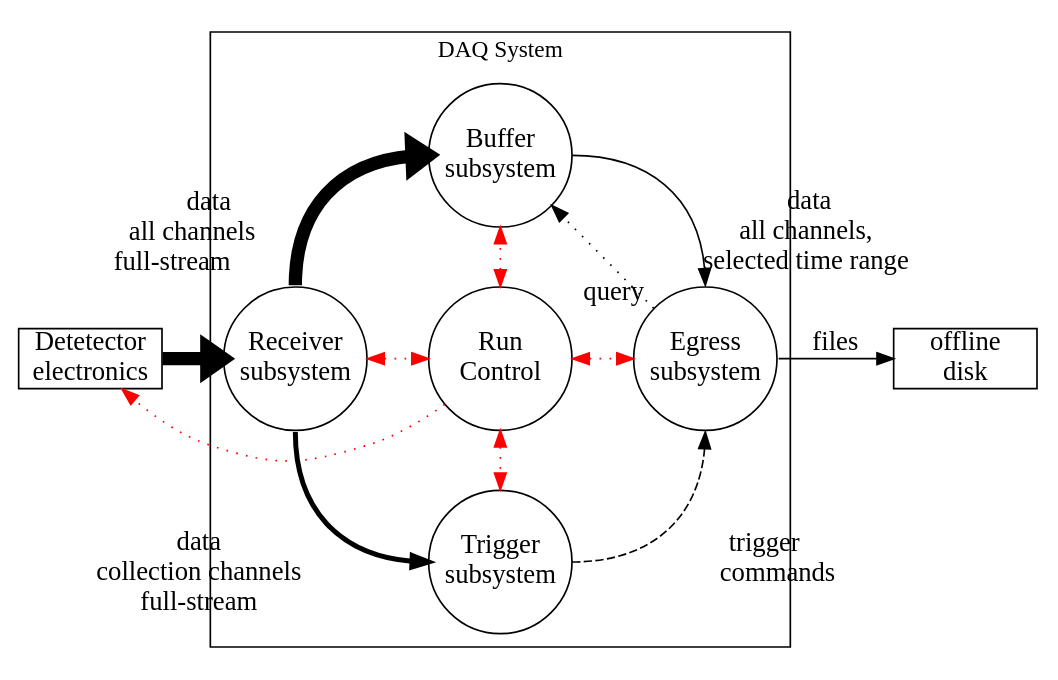
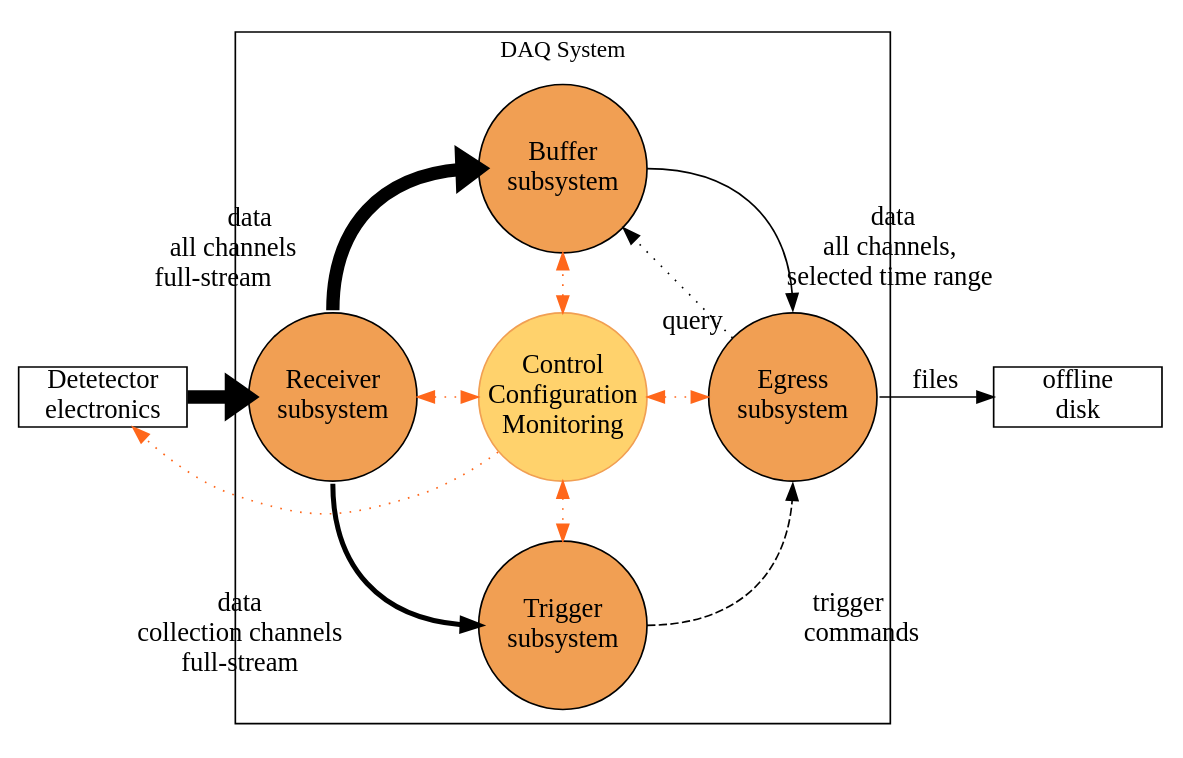
The diagram in graphics/daq-toplevel-conceptual.dot (DUNE/dune-tdr), drawn with Graphviz before and after one commit. The commit also changed 3 other files, not shown here.

```diff
--- a/graphics/daq-toplevel-conceptual.dot
+++ b/graphics/daq-toplevel-conceptual.dot
@@ -1,40 +1,46 @@
 digraph top {
         rankdir=LR;
         compound=true;
         
         graph[layout=dot,splines=true];
-        node[shape=circle,width=1.2, fixedsize=true,fontsize=16];
+        node[shape=circle,width=1.4, fixedsize=true,fontsize=16];
         edge[fontsize=16];
         ce[label="Detetector\nelectronics",shape=box];
+        out[label="offline\ndisk",shape=box];
+        node[style=filled,fillcolor="#f19f53"]
         subgraph cluster_daq {
-                rc[label="Run\nControl"];
+                rc[color="#f19f53",fillcolor="#ffd26c",label="Control\nConfiguration\nMonitoring"];
                 recv[label="Receiver\nsubsystem"];
                 buf[label="Buffer\nsubsystem"];
                 trig[label="Trigger\nsubsystem"];
                 eb[label="Egress\nsubsystem"];
                 label="DAQ System";
         }
-        out[label="offline\ndisk",shape=box];
+
 
         
 
         ce->recv[penwidth=8];
         recv:n->buf:w[penwidth=8,xlabel="data\nall channels     \nfull-stream           "];
         recv:s->trig:w[penwidth=3,xlabel="data\ncollection channels\nfull-stream"];
         buf:e->eb:n[xlabel="  data\nall channels,\nselected time range"];
         trig:e->eb:s[style=dashed,xlabel=" trigger\n     commands"];
         eb->buf[style=dotted, constraint=false,taillabel="query"];
 
         eb:e->out:w[label="files"];
 
+        # orange="#ff671b"
+        # navy="#003b71"
+        # sky="#7daed3"
+
         # Run Control connections
-        edge[color=red, style=dotted, dir=both];
+        edge[color="#ff671b", style=dotted, dir=both];
         recv->rc[];
         rc->eb;
-        edge[constraint=false, color=red, style=dotted];
+        edge[constraint=false, style=dotted];
         rc->trig
         rc->buf;
         edge[dir=forward];
         rc->ce;
         
 }
```
